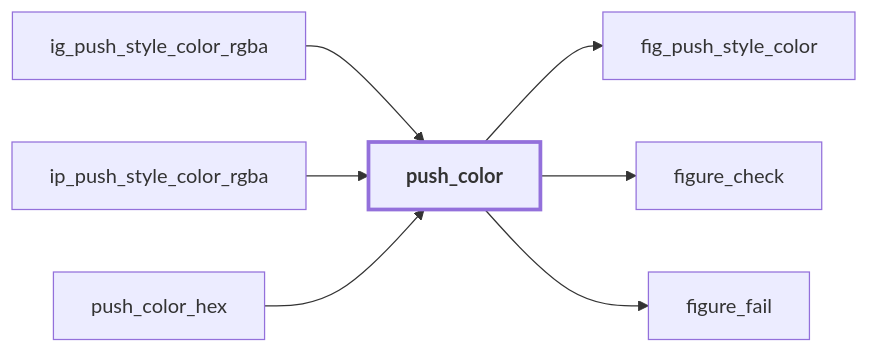
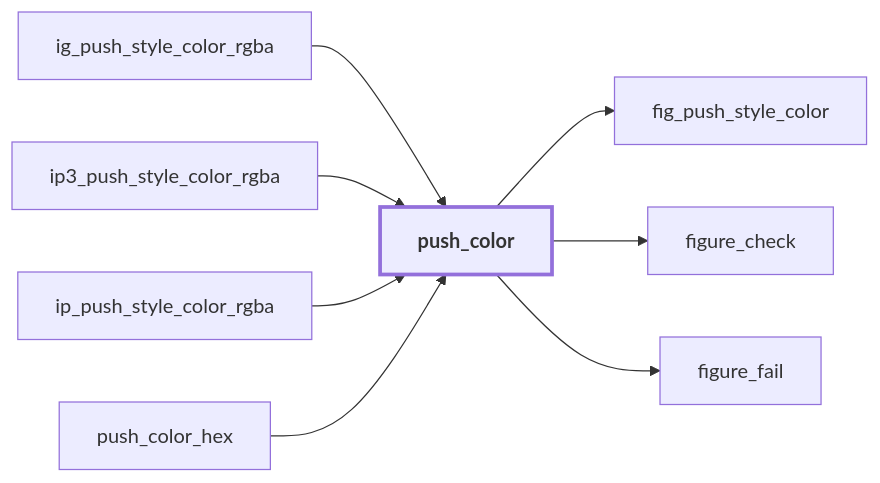
One commit to szaghi/figure changed the second of 50 diagrams in docs/api/src/lib/figure_style.md. Above: the diagram before and after it, drawn with Mermaid. The commit also changed other lines of this file and 36 other files, not shown here.

````diff
--- a/docs/api/src/lib/figure_style.md
+++ b/docs/api/src/lib/figure_style.md
@@ -174,17 +197,19 @@
 ```mermaid
 flowchart LR
   ig_push_style_color_rgba["ig_push_style_color_rgba"] --> push_color["push_color"]
+  ip3_push_style_color_rgba["ip3_push_style_color_rgba"] --> push_color["push_color"]
   ip_push_style_color_rgba["ip_push_style_color_rgba"] --> push_color["push_color"]
   push_color_hex["push_color_hex"] --> push_color["push_color"]
   push_color["push_color"] --> fig_push_style_color["fig_push_style_color"]
   push_color["push_color"] --> figure_check["figure_check"]
   push_color["push_color"] --> figure_fail["figure_fail"]
   classDef focus stroke-width:3px,font-weight:bold
   class push_color focus
   click ig_push_style_color_rgba href "#ig-push-style-color-rgba" "ig_push_style_color_rgba"
+  click ip3_push_style_color_rgba href "#ip3-push-style-color-rgba" "ip3_push_style_color_rgba"
   click ip_push_style_color_rgba href "#ip-push-style-color-rgba" "ip_push_style_color_rgba"
   click push_color_hex href "#push-color-hex" "push_color_hex"
   click figure_fail href "figure_base.html#figure-fail" "figure_fail"
   click figure_check href "figure_base.html#figure-check" "figure_check"
   click fig_push_style_color href "figure_c_native.html#fig-push-style-color" "fig_push_style_color"
 ```
````
